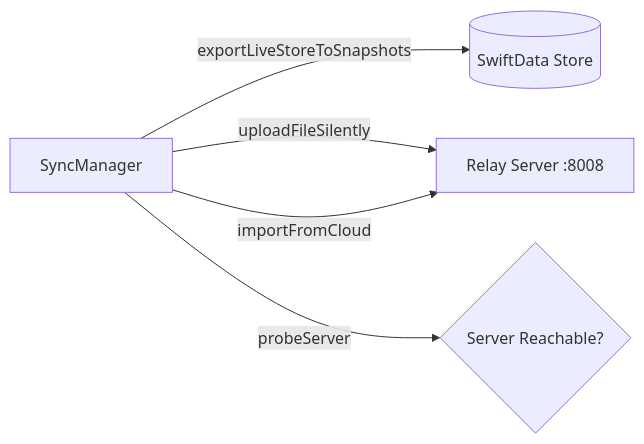
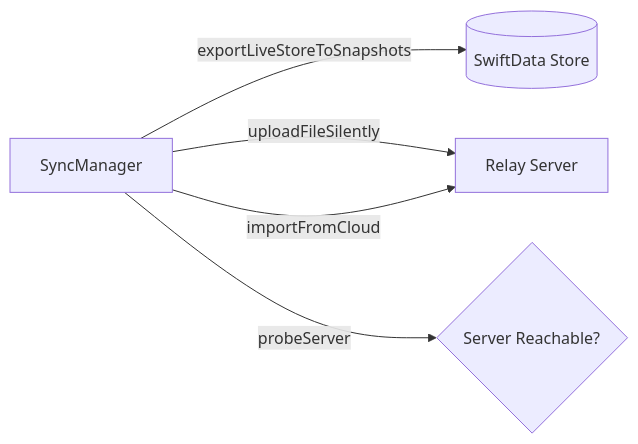
One commit to Kenan999/Notes.ai changed the third of 6 diagrams in README.md. Above: the diagram before and after it, drawn with Mermaid. The commit also changed 6 other files, not shown here.

````diff
--- a/README.md
+++ b/README.md
@@ -178,7 +178,7 @@
 ```mermaid
 graph LR
   A[SyncManager] -->|exportLiveStoreToSnapshots| B[(SwiftData Store)]
-  A -->|uploadFileSilently| C[Relay Server :8008]
+  A -->|uploadFileSilently| C[Relay Server]
   A -->|probeServer| D{Server Reachable?}
   A -->|importFromCloud| C
 ```
````
